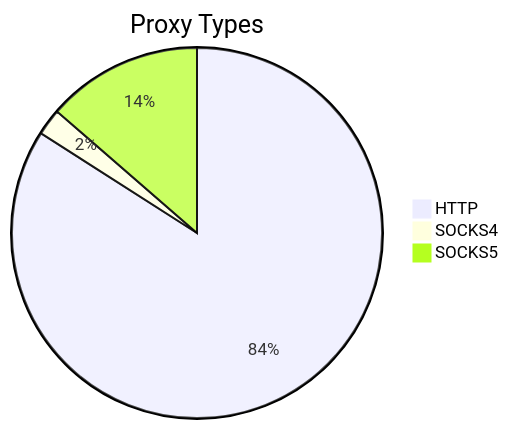
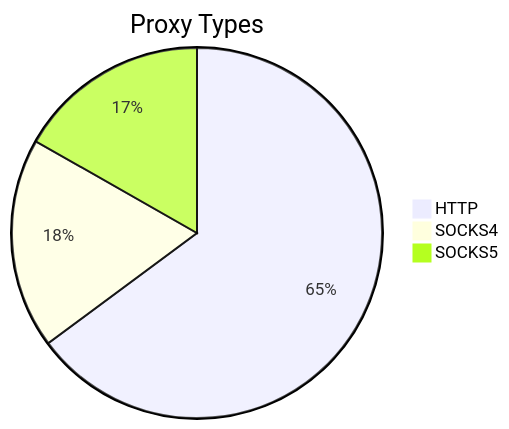
The first of 2 diagrams in README.md (stormsia/proxy-list), drawn with Mermaid before and after one commit. The commit also changed other lines of this file, not shown here.

````diff
--- a/README.md
+++ b/README.md
@@ -21,6 +21,6 @@
 ```mermaid
 pie title Proxy Types
-    "HTTP" : 253
-    "SOCKS4" : 7
-    "SOCKS5" : 41
+    "HTTP" : 321
+    "SOCKS4" : 91
+    "SOCKS5" : 83
 ```
````
